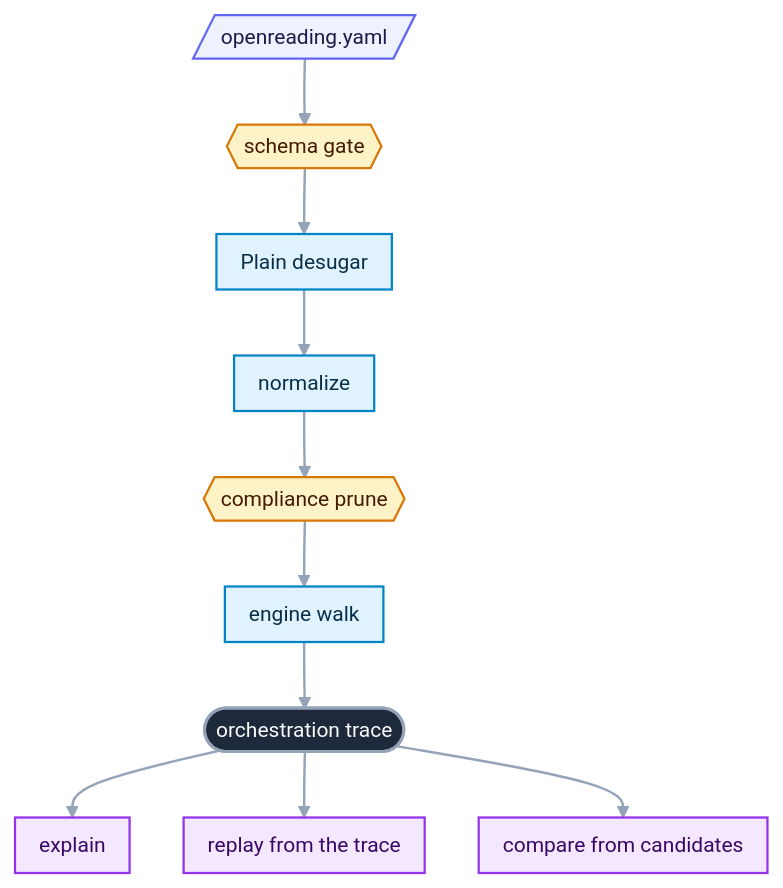
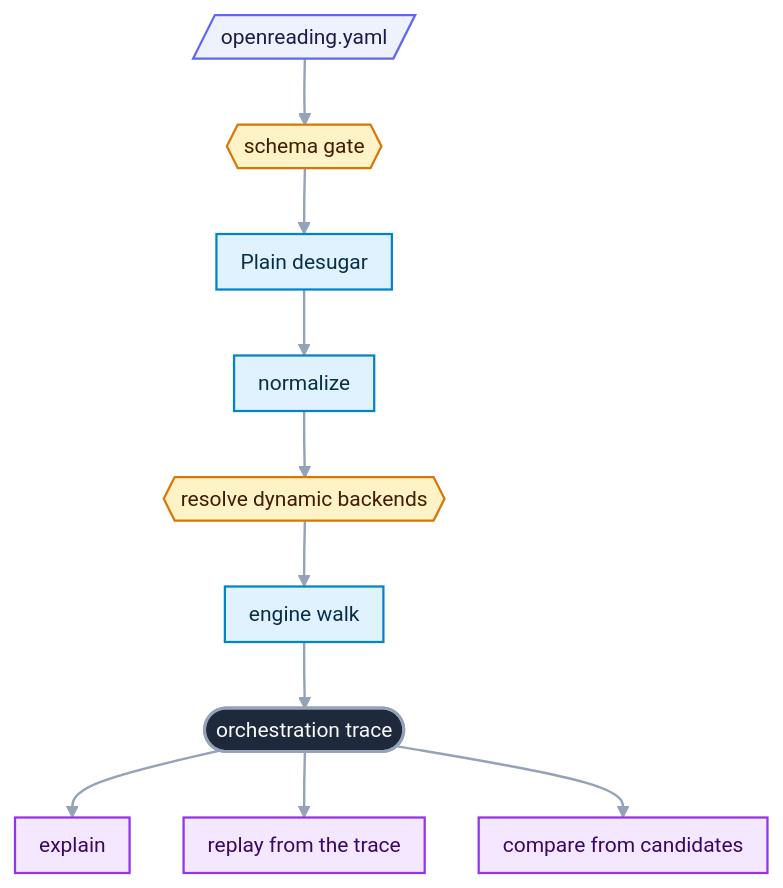
Before and after one commit to openreading-ai/openreading-core: the first of 2 diagrams in src/openreading/strategies/README.md, drawn with Mermaid. The commit also changed other lines of this file and 47 other files, not shown here.

````diff
--- a/src/openreading/strategies/README.md
+++ b/src/openreading/strategies/README.md
@@ -29,22 +29,22 @@
 ```mermaid
 %%{init: {"theme":"base","themeVariables":{"fontFamily":"ui-sans-serif, system-ui, -apple-system, Segoe UI, Roboto, sans-serif","fontSize":"14px","lineColor":"#94a3b8","textColor":"#334155","primaryTextColor":"#0f172a","edgeLabelBackground":"#eef2f7","clusterBkg":"#f8fafc","clusterBorder":"#cbd5e1","titleColor":"#334155"},"flowchart":{"curve":"basis","nodeSpacing":36,"rankSpacing":44,"padding":8,"useMaxWidth":true}}}%%
 flowchart TD
   Y[/"openreading.yaml"/]:::src --> S{{"schema gate"}}:::gate
   S --> P["Plain desugar"]:::work
   P --> N["normalize"]:::work
-  N --> C{{"compliance prune"}}:::gate
+  N --> C{{"resolve dynamic backends"}}:::gate
   C --> E["engine walk"]:::work
   E --> T(["orchestration trace"]):::hero
   T --> X["explain"]:::out
   T --> R["replay from the trace"]:::out
   T --> F["compare from candidates"]:::out
   classDef src fill:#eef2ff,stroke:#6366f1,stroke-width:1.5px,color:#1e1b4b;
   classDef work fill:#e0f2fe,stroke:#0284c7,stroke-width:1.5px,color:#082f49;
   classDef gate fill:#fef3c7,stroke:#d97706,stroke-width:1.5px,color:#451a03;
   classDef good fill:#dcfce7,stroke:#16a34a,stroke-width:1.5px,color:#052e16;
   classDef bad fill:#fee2e2,stroke:#dc2626,stroke-width:1.5px,color:#450a0a;
   classDef store fill:#ccfbf1,stroke:#0d9488,stroke-width:1.5px,color:#042f2e;
   classDef out fill:#f3e8ff,stroke:#9333ea,stroke-width:1.5px,color:#3b0764;
   classDef hero fill:#1e293b,stroke:#94a3b8,stroke-width:2px,color:#f8fafc;
   linkStyle default stroke-width:1.6px;
 ```
````
